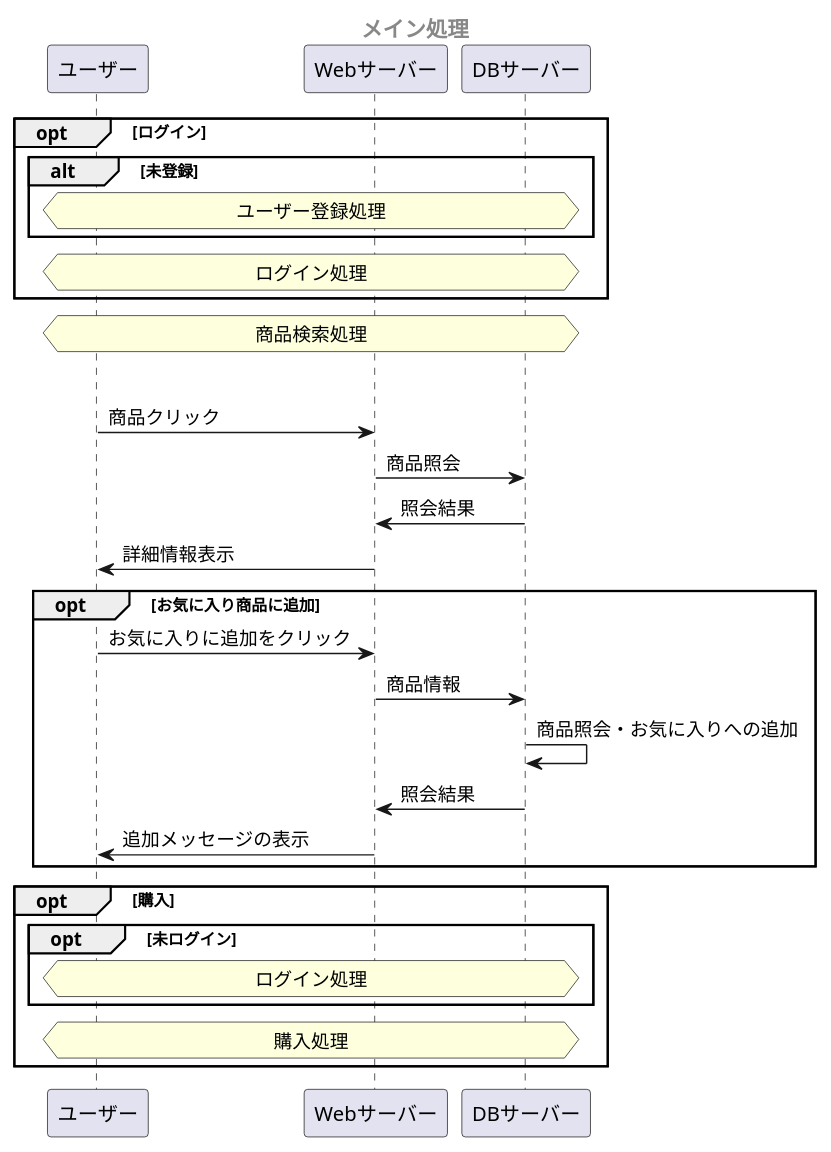
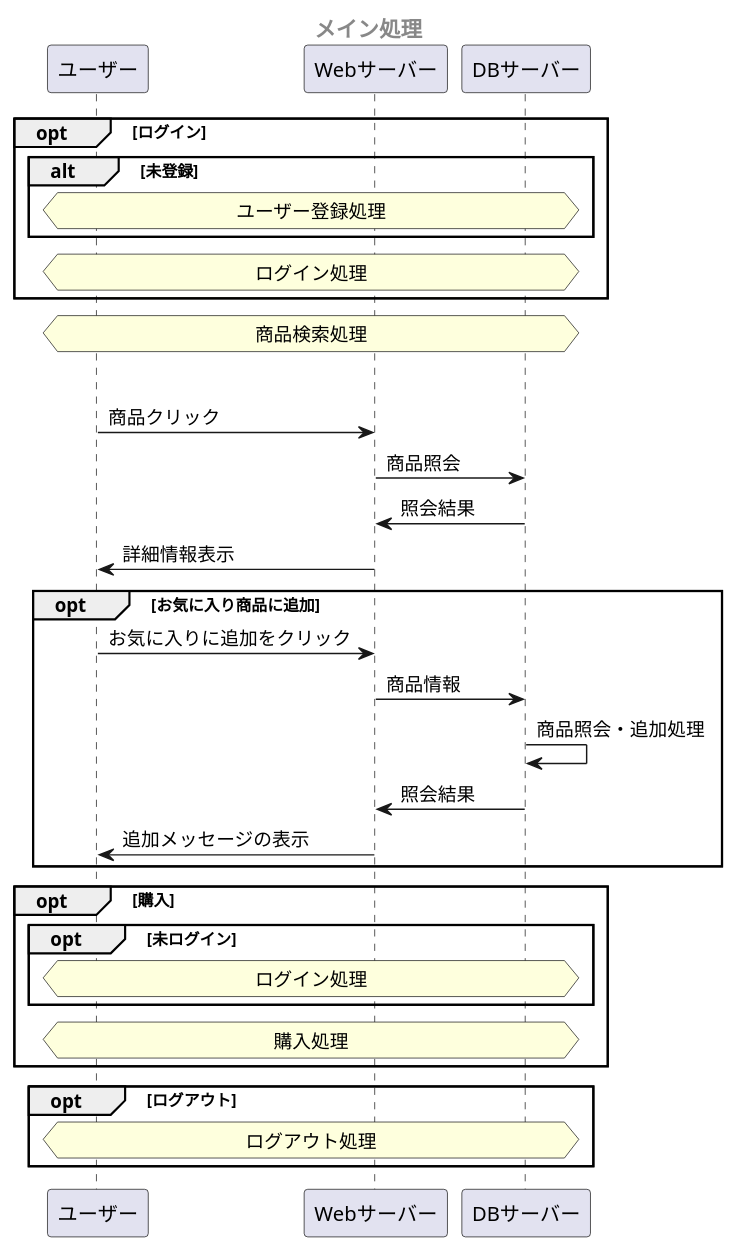
Before and after one commit to Aso2001163/2021sys-design-2: the diagram in システム開発/業務フロー/業務フロー.md, drawn with PlantUML.

````diff
--- a/システム開発/業務フロー/業務フロー.md
+++ b/システム開発/業務フロー/業務フロー.md
@@ -1,36 +1,40 @@
 ```uml
 @startuml
  center header <size:15><b>メイン処理</b></size>
  
   opt ログイン
   alt 未登録
   hnote across: ユーザー登録処理
   end
   hnote across: ログイン処理
   end
   
   hnote across: 商品検索処理
   
   opt 商品クリック(詳細表示)
   ユーザー -> Webサーバー : 商品クリック
   Webサーバー -> DBサーバー : 商品照会
   DBサーバー -> Webサーバー : 照会結果
   Webサーバー -> ユーザー : 詳細情報表示
 
   opt お気に入り商品に追加
   ユーザー -> Webサーバー : お気に入りに追加をクリック
   Webサーバー -> DBサーバー : 商品情報
-  DBサーバー -> DBサーバー : 商品照会・お気に入りへの追加
+  DBサーバー -> DBサーバー : 商品照会・追加処理
   DBサーバー -> Webサーバー : 照会結果
   Webサーバー -> ユーザー : 追加メッセージの表示
   end
 
   opt 購入
    opt 未ログイン
      hnote across: ログイン処理
    end
      hnote across: 購入処理
   end
+  
+  opt ログアウト
+  hnote across: ログアウト処理
+  end
 
 @enduml
 ```
````
